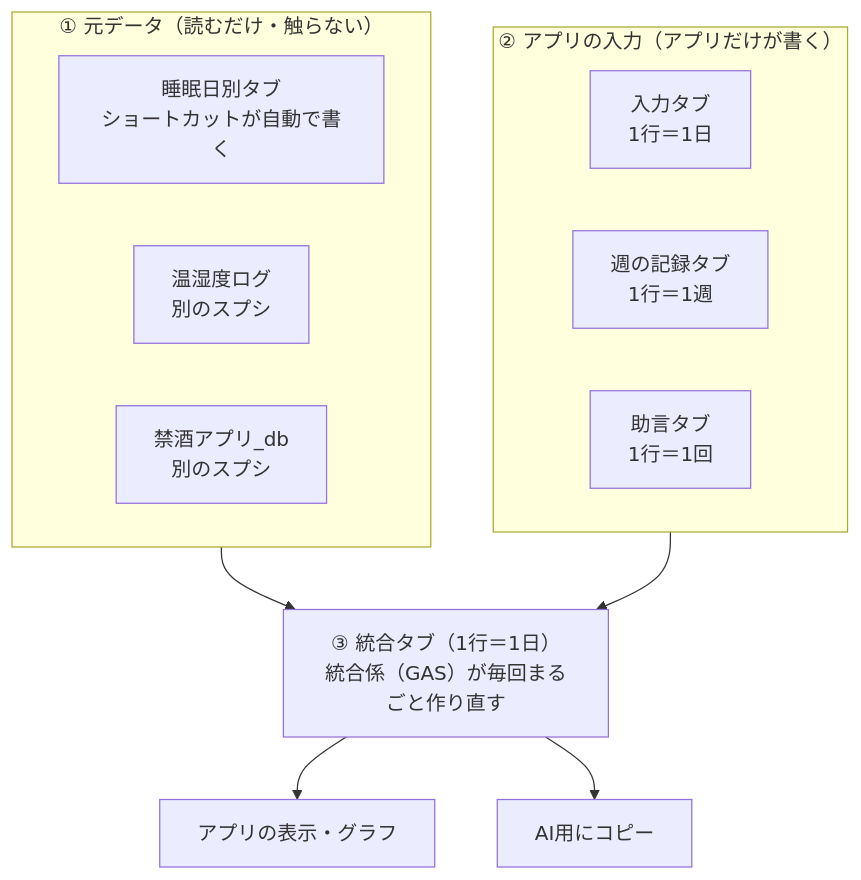
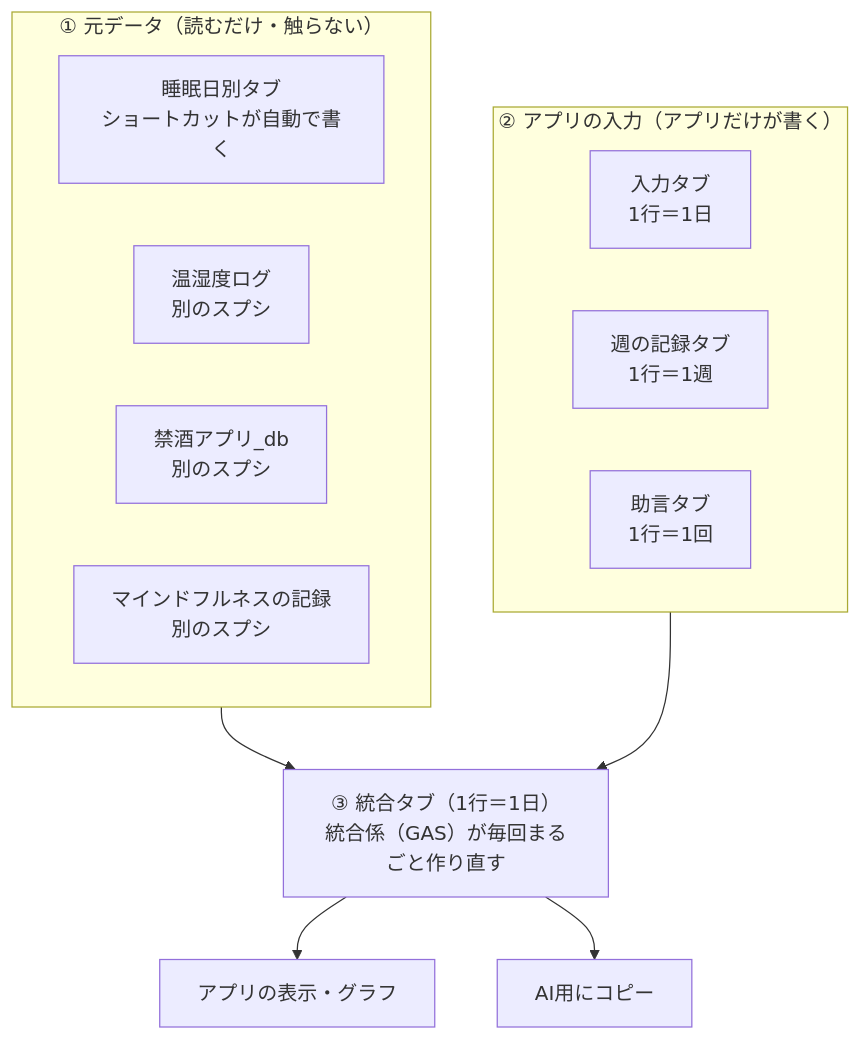
The second of 3 diagrams in docs/handoff.md (mitsu545/-sleep-app), drawn with Mermaid before and after one commit. The commit also changed other lines of this file and 5 other files, not shown here.

````diff
--- a/docs/handoff.md
+++ b/docs/handoff.md
@@ -97,17 +102,18 @@
 ```mermaid
 flowchart TD
     subgraph 段1["① 元データ（読むだけ・触らない）"]
       A[睡眠日別タブ<br>ショートカットが自動で書く]
       B[温湿度ログ<br>別のスプシ]
       C[禁酒アプリ_db<br>別のスプシ]
+      J[マインドフルネスの記録<br>別のスプシ]
     end
     subgraph 段2["② アプリの入力（アプリだけが書く）"]
       D[入力タブ<br>1行＝1日]
       E[週の記録タブ<br>1行＝1週]
       F[助言タブ<br>1行＝1回]
     end
     段1 --> G
     段2 --> G
     G["③ 統合タブ（1行＝1日）<br>統合係（GAS）が毎回まるごと作り直す"] --> H[アプリの表示・グラフ]
     G --> I[AI用にコピー]
 ```
````
